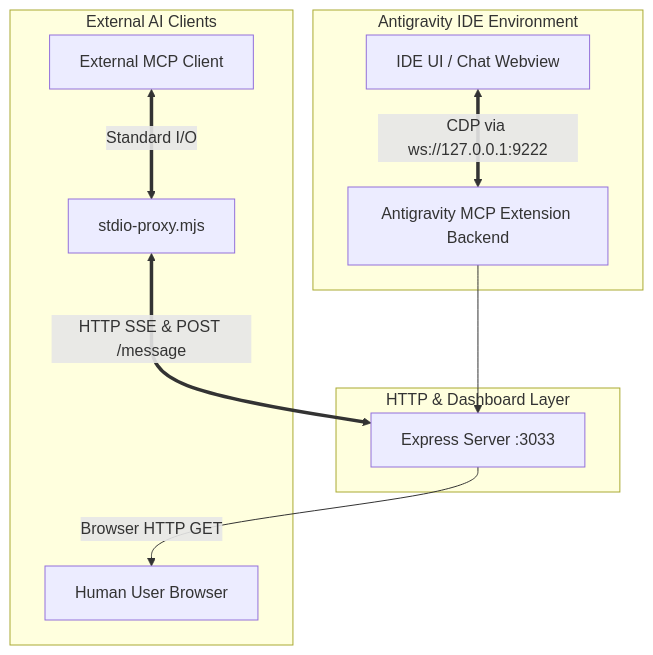
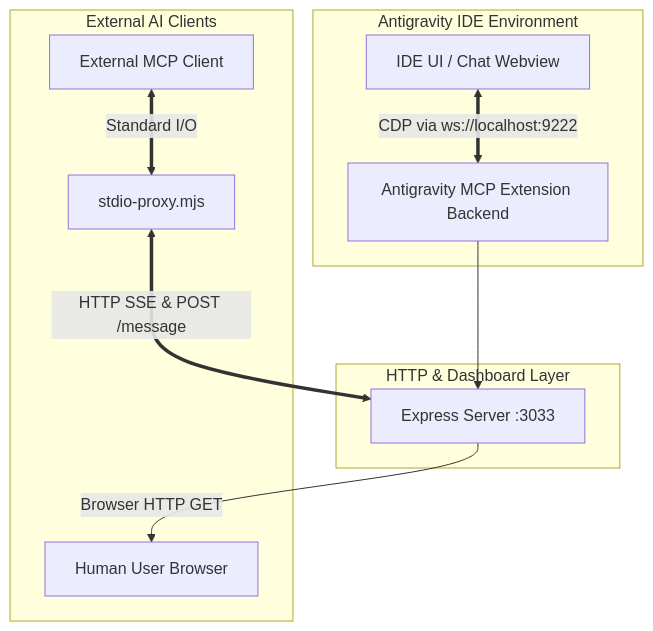
Before and after one commit to alama777/antigravity-mcp-experimental: the diagram in README.md, drawn with Mermaid. The commit also changed other lines of this file and 4 other files, not shown here.

````diff
--- a/README.md
+++ b/README.md
@@ -65,24 +127,24 @@
 ```mermaid
 graph TD;
     subgraph Antigravity IDE [Antigravity IDE Environment]
         A[IDE UI / Chat Webview] 
         B[Antigravity MCP Extension Backend]
         
-        A <==>|CDP via ws://127.0.0.1:9222| B
+        A <==>|CDP via ws://localhost:9222| B
     end
 
     subgraph HTTP / SSE Layer [HTTP & Dashboard Layer]
         C[Express Server :3033]
         B --> C
     end
 
     subgraph External Clients [External AI Clients]
         D[Human User Browser]
         E[External MCP Client]
         F[stdio-proxy.mjs]
     end
 
     C -->|Browser HTTP GET| D
     E <==>|Standard I/O| F
     F <==>|HTTP SSE & POST /message| C
 ```
````
